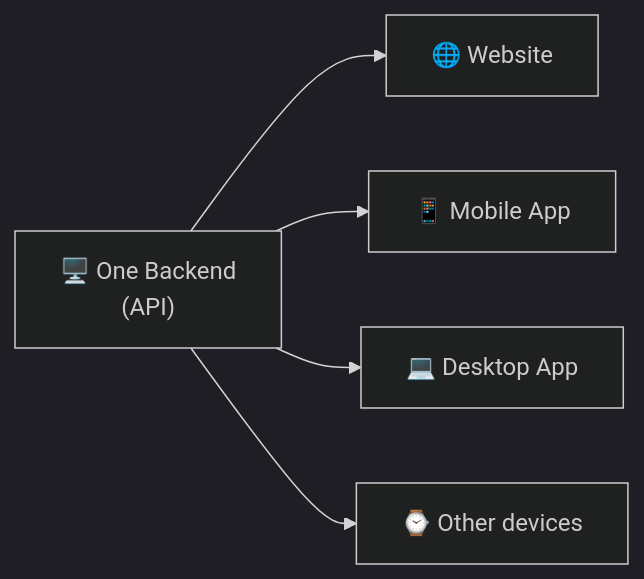
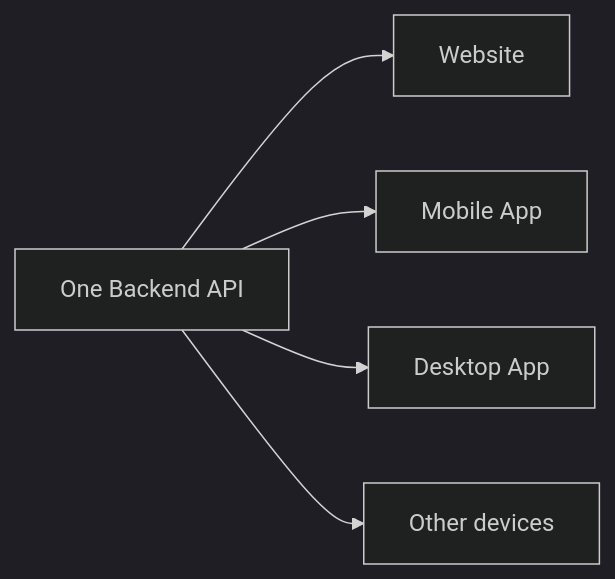
The ninth of 9 diagrams in 01-web-fundamentals/README.md (saikot05/backend-zero-to-expert), drawn with Mermaid (dark theme) before and after one commit. The commit also changed other lines of this file, not shown here.

Commit message:
docs: simplify all mermaid diagrams in 01 part 1

````diff
--- a/01-web-fundamentals/README.md
+++ b/01-web-fundamentals/README.md
@@ -268,8 +248,7 @@
 ```mermaid
 flowchart LR
-    API["🖥️ One Backend<br/>(API)"]
-    API --> W["🌐 Website"]
-    API --> M["📱 Mobile App"]
-    API --> D["💻 Desktop App"]
-    API --> X["⌚ Other devices"]
+    API["One Backend API"] --> W["Website"]
+    API --> M["Mobile App"]
+    API --> D["Desktop App"]
+    API --> X["Other devices"]
 ```
````
